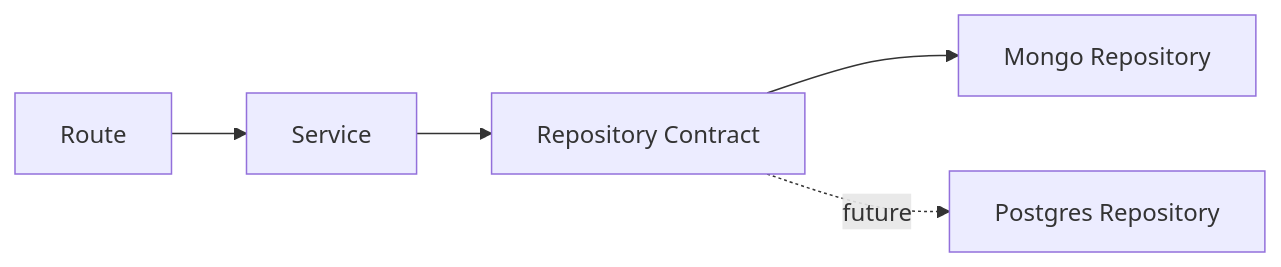
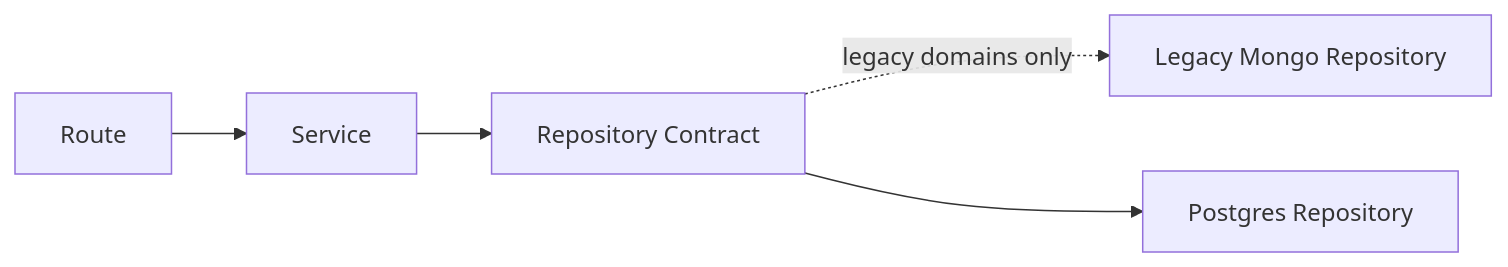
One commit to mridhoda/selaluteh-chatbot-crm changed the ninth of 9 diagrams in specs/active/general-backend/design.md. Above: the diagram before and after it, drawn with Mermaid. The commit also changed other lines of this file and 31 other files, not shown here.

````diff
--- a/specs/active/general-backend/design.md
+++ b/specs/active/general-backend/design.md
@@ -2158,13 +2160,13 @@
 ```mermaid
 graph LR
     Route[Route]
     Service[Service]
     Repo[Repository Contract]
-    Mongo[Mongo Repository]
+    Mongo[Legacy Mongo Repository]
     PG[Postgres Repository]
 
     Route --> Service
     Service --> Repo
-    Repo --> Mongo
-    Repo -. future .-> PG
+    Repo -. legacy domains only .-> Mongo
+    Repo --> PG
 ```
````
